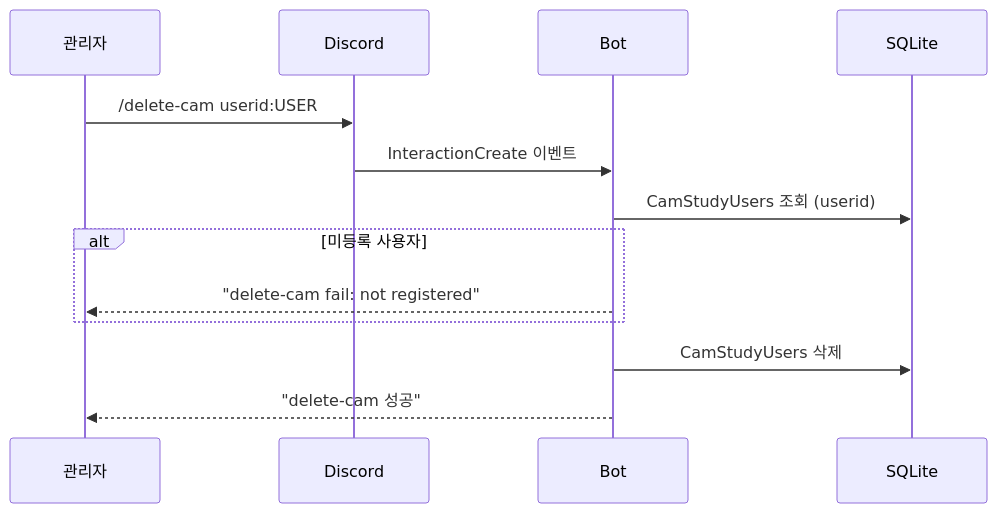
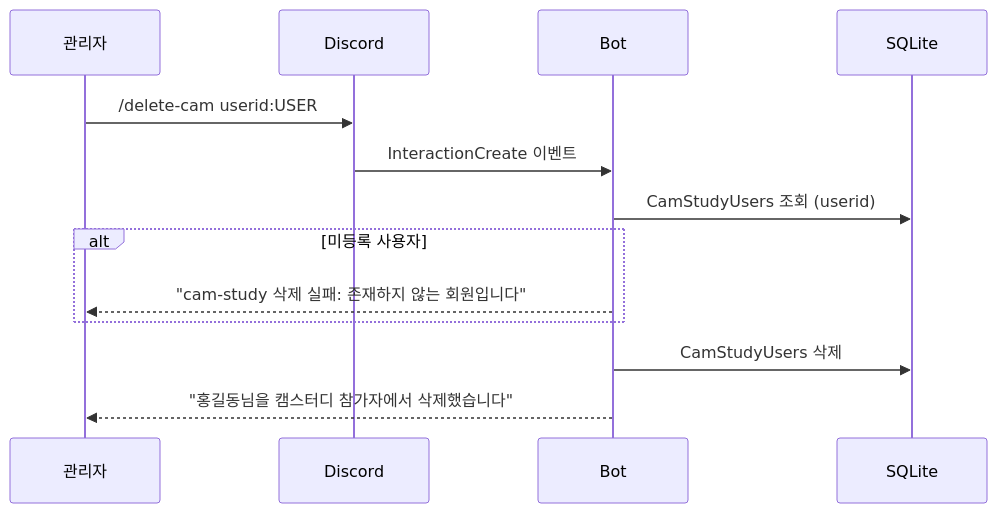
Diagram 14 of 16 in docs/USER_STORIES.md (honki12345/haruharu-discord-bot), drawn with Mermaid before and after one commit. The commit also changed other lines of this file and 16 other files, not shown here.

````diff
--- a/docs/USER_STORIES.md
+++ b/docs/USER_STORIES.md
@@ -612,19 +614,19 @@
 ```mermaid
 sequenceDiagram
     participant A as 관리자
     participant D as Discord
     participant B as Bot
     participant DB as SQLite
 
     A->>D: /delete-cam userid:USER
 
     D->>B: InteractionCreate 이벤트
 
     B->>DB: CamStudyUsers 조회 (userid)
     alt 미등록 사용자
-        B-->>A: "delete-cam fail: not registered"
+        B-->>A: "cam-study 삭제 실패: 존재하지 않는 회원입니다"
     end
 
     B->>DB: CamStudyUsers 삭제
-    B-->>A: "delete-cam 성공"
+    B-->>A: "홍길동님을 캠스터디 참가자에서 삭제했습니다"
 ```
````
